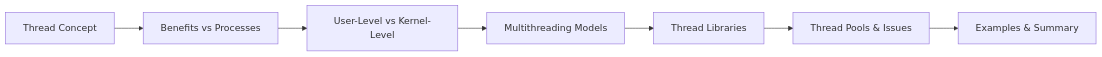
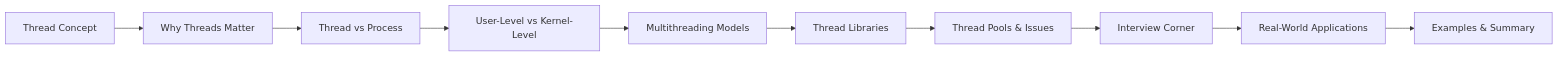
One commit to Raushan666java/ai-engineering-journey changed the diagram in docs/courses/operating-systems/04-threads.md. Above: the diagram before and after it, drawn with Mermaid. The commit also changed other lines of this file and 17 other files, not shown here.

```diff
--- a/docs/courses/operating-systems/04-threads.md
+++ b/docs/courses/operating-systems/04-threads.md
@@ -29,9 +53,12 @@
 <div class="mermaid">
 flowchart LR
-    A[Thread Concept] --> B[Benefits vs Processes]
-    B --> C[User-Level vs Kernel-Level]
-    C --> D[Multithreading Models]
-    D --> E[Thread Libraries]
-    E --> F[Thread Pools & Issues]
-    F --> G[Examples & Summary]
+    A[Thread Concept] --> B[Why Threads Matter]
+    B --> C[Thread vs Process]
+    C --> D[User-Level vs Kernel-Level]
+    D --> E[Multithreading Models]
+    E --> F[Thread Libraries]
+    F --> G[Thread Pools & Issues]
+    G --> H[Interview Corner]
+    H --> I[Real-World Applications]
+    I --> J[Examples & Summary]
 </div>
```
